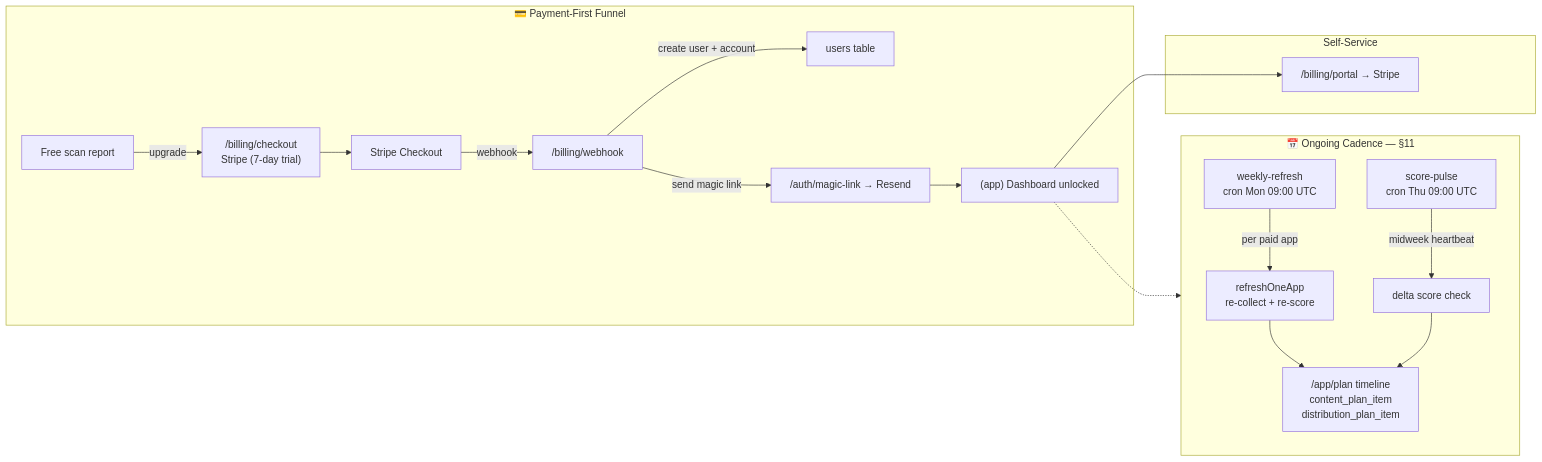
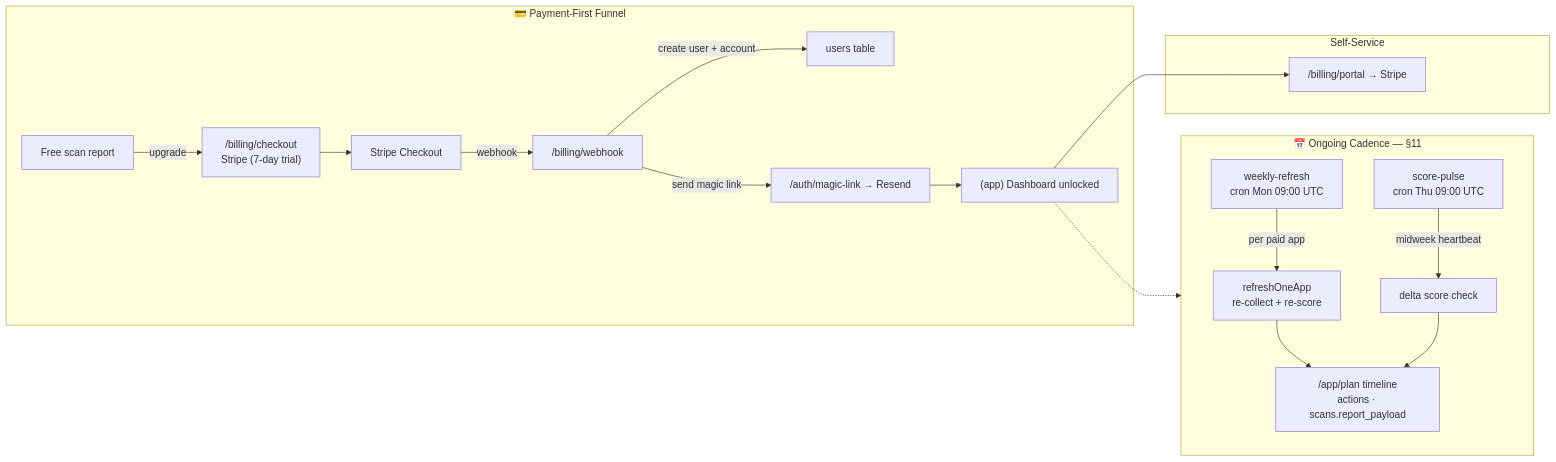
Before and after one commit to tim-clifford6991/reachkit: the third of 3 diagrams in docs/architecture.md, drawn with Mermaid. The commit also changed other lines of this file, not shown here.

First line of the commit message:
docs(architecture): data lineage, report_payload contract, cost points (1D)

````diff
--- a/docs/architecture.md
+++ b/docs/architecture.md
@@ -162,24 +162,24 @@
 ```mermaid
 graph LR
     subgraph funnel["💳 Payment-First Funnel"]
         Report["Free scan report"] -->|"upgrade"| Checkout["/billing/checkout<br/>Stripe (7-day trial)"]
         Checkout --> StripeCo["Stripe Checkout"]
         StripeCo -->|"webhook"| WH["/billing/webhook"]
         WH -->|"create user + account"| Users["users table"]
         WH -->|"send magic link"| ML["/auth/magic-link → Resend"]
         ML --> Dash["(app) Dashboard unlocked"]
     end
 
     subgraph cadence["📅 Ongoing Cadence — §11"]
         Mon["weekly-refresh<br/>cron Mon 09:00 UTC"] -->|"per paid app"| Refresh["refreshOneApp<br/>re-collect + re-score"]
         Thu["score-pulse<br/>cron Thu 09:00 UTC"] -->|"midweek heartbeat"| Pulse["delta score check"]
-        Refresh --> Plan["/app/plan timeline<br/>content_plan_item<br/>distribution_plan_item"]
+        Refresh --> Plan["/app/plan timeline<br/>actions · scans.report_payload"]
         Pulse --> Plan
     end
 
     subgraph portal["Self-Service"]
         Dash --> BPortal["/billing/portal → Stripe"]
     end
 
     Dash -.-> cadence
 ```
````
